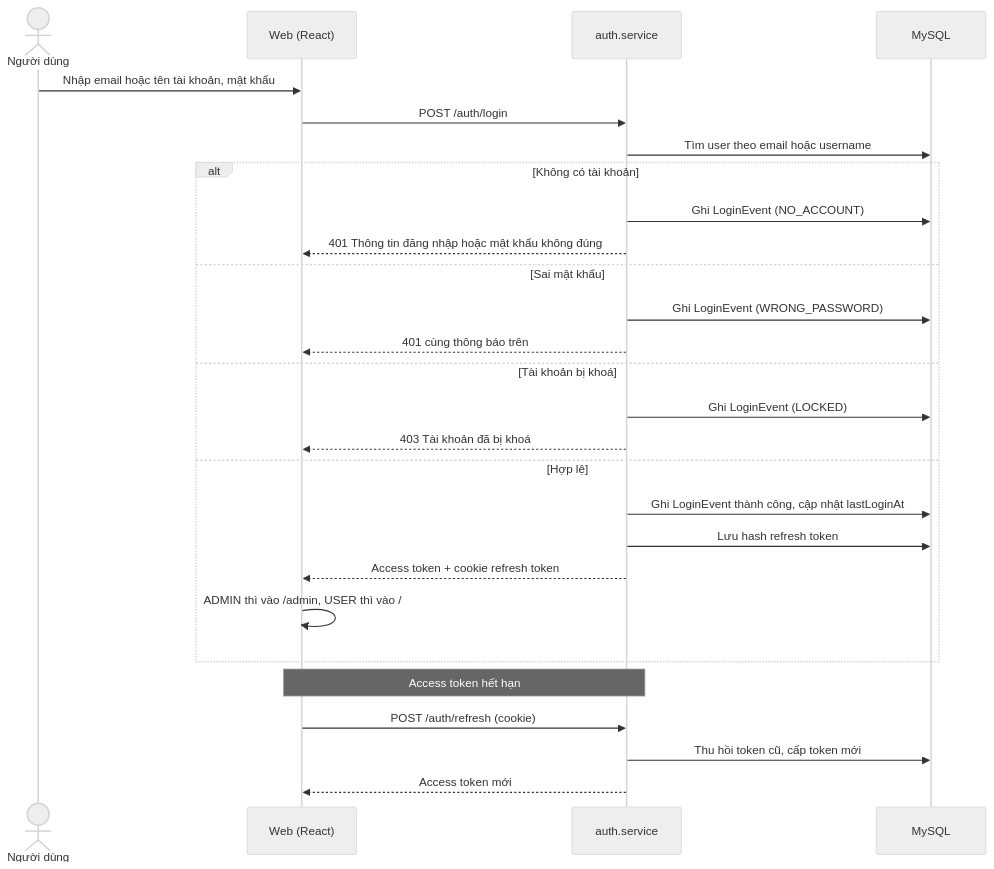
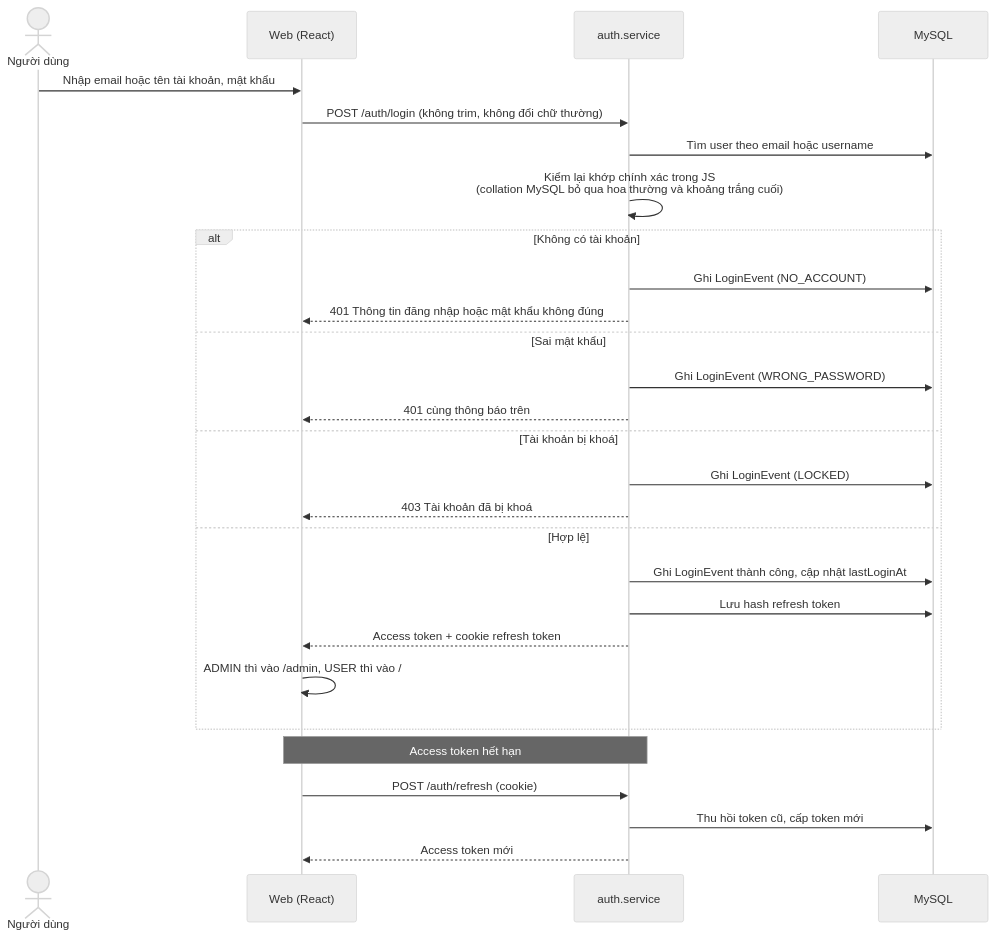
The ninth of 22 diagrams in docs/chuc-nang-va-luong-nghiep-vu.md (brannthichmeo-create/enghabit), drawn with Mermaid (neutral theme) before and after one commit. The commit also changed other lines of this file and 19 other files, not shown here.

````diff
--- a/docs/chuc-nang-va-luong-nghiep-vu.md
+++ b/docs/chuc-nang-va-luong-nghiep-vu.md
@@ -685,31 +767,32 @@
 ```mermaid
 sequenceDiagram
     actor U as Người dùng
     participant FE as Web (React)
     participant BE as auth.service
     participant DB as MySQL
 
     U->>FE: Nhập email hoặc tên tài khoản, mật khẩu
-    FE->>BE: POST /auth/login
+    FE->>BE: POST /auth/login (không trim, không đổi chữ thường)
     BE->>DB: Tìm user theo email hoặc username
+    BE->>BE: Kiểm lại khớp chính xác trong JS<br/>(collation MySQL bỏ qua hoa thường và khoảng trắng cuối)
     alt Không có tài khoản
         BE->>DB: Ghi LoginEvent (NO_ACCOUNT)
         BE-->>FE: 401 Thông tin đăng nhập hoặc mật khẩu không đúng
     else Sai mật khẩu
         BE->>DB: Ghi LoginEvent (WRONG_PASSWORD)
         BE-->>FE: 401 cùng thông báo trên
     else Tài khoản bị khoá
         BE->>DB: Ghi LoginEvent (LOCKED)
         BE-->>FE: 403 Tài khoản đã bị khoá
     else Hợp lệ
         BE->>DB: Ghi LoginEvent thành công, cập nhật lastLoginAt
         BE->>DB: Lưu hash refresh token
         BE-->>FE: Access token + cookie refresh token
         FE->>FE: ADMIN thì vào /admin, USER thì vào /
     end
 
     Note over FE,BE: Access token hết hạn
     FE->>BE: POST /auth/refresh (cookie)
     BE->>DB: Thu hồi token cũ, cấp token mới
     BE-->>FE: Access token mới
 ```
````
